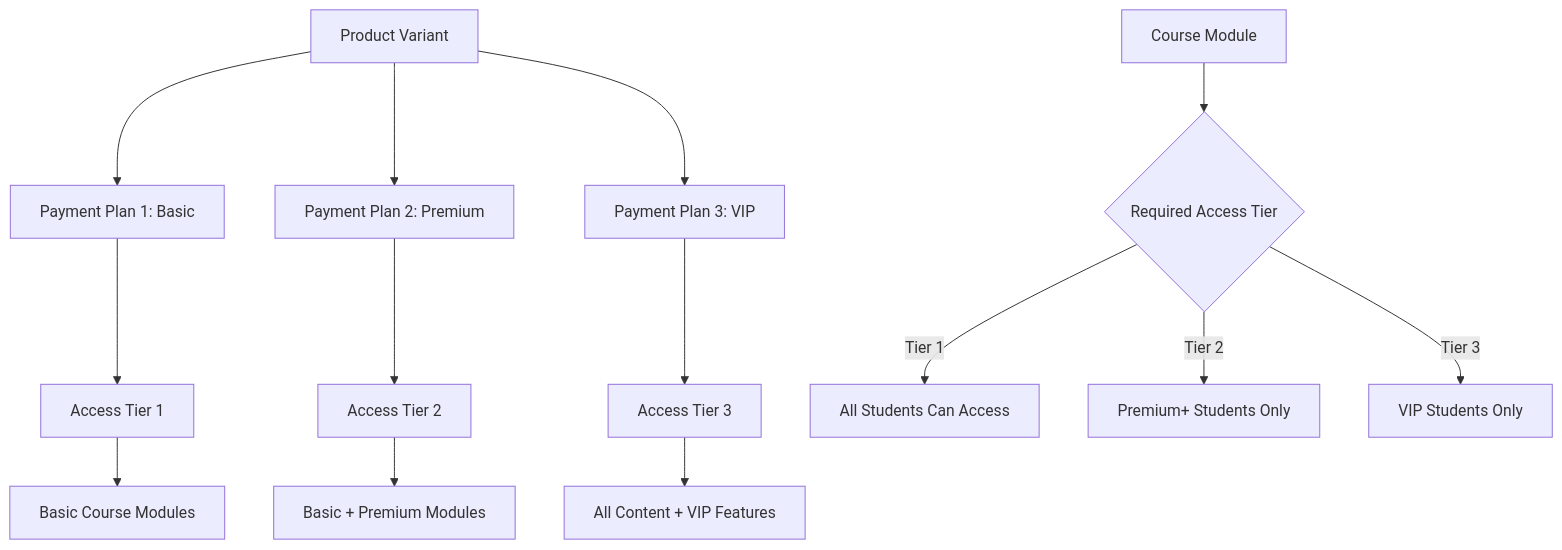
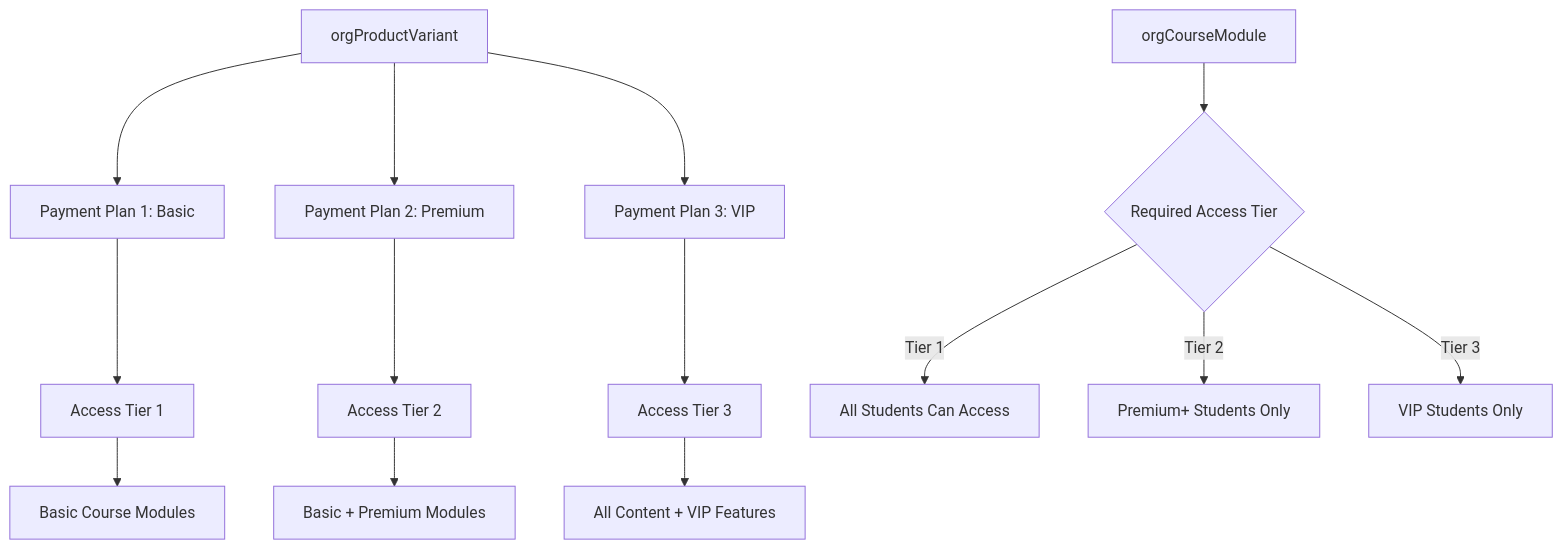
The fourth of 4 diagrams in apps/volmify/src/server/libs/db/schema/README.md (DreamEcho100/maze), drawn with Mermaid before and after one commit. The commit also changed other lines of this file and 1 other file, not shown here.

Commit message:
refactor(schema): update product and translation table names for organization consistency

````diff
--- a/apps/volmify/src/server/libs/db/schema/README.md
+++ b/apps/volmify/src/server/libs/db/schema/README.md
@@ -191,19 +234,19 @@
 ```mermaid
 graph TD
-    A[Product Variant] --> B[Payment Plan 1: Basic]
+    A[orgProductVariant] --> B[Payment Plan 1: Basic]
     A --> C[Payment Plan 2: Premium] 
     A --> D[Payment Plan 3: VIP]
     
     B --> E[Access Tier 1]
     C --> F[Access Tier 2]
     D --> G[Access Tier 3]
     
     E --> H[Basic Course Modules]
     F --> I[Basic + Premium Modules]
     G --> J[All Content + VIP Features]
     
-    K[Course Module] --> L{Required Access Tier}
+    K[orgCourseModule] --> L{Required Access Tier}
     L -->|Tier 1| M[All Students Can Access]
     L -->|Tier 2| N[Premium+ Students Only]
     L -->|Tier 3| O[VIP Students Only]
 ```
````
